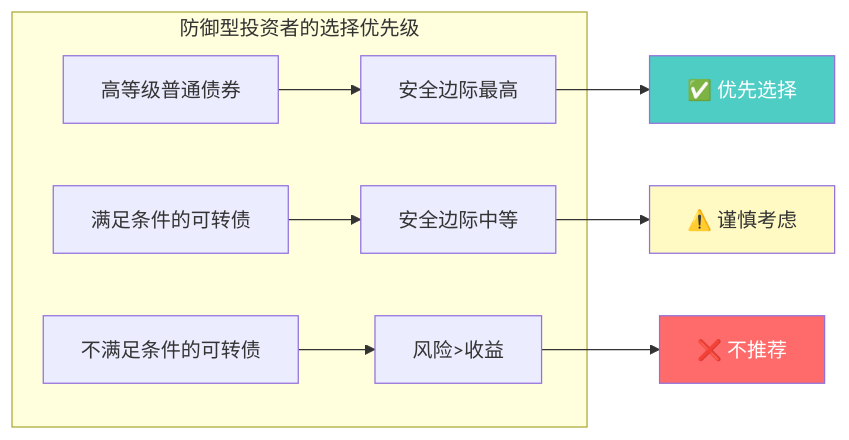
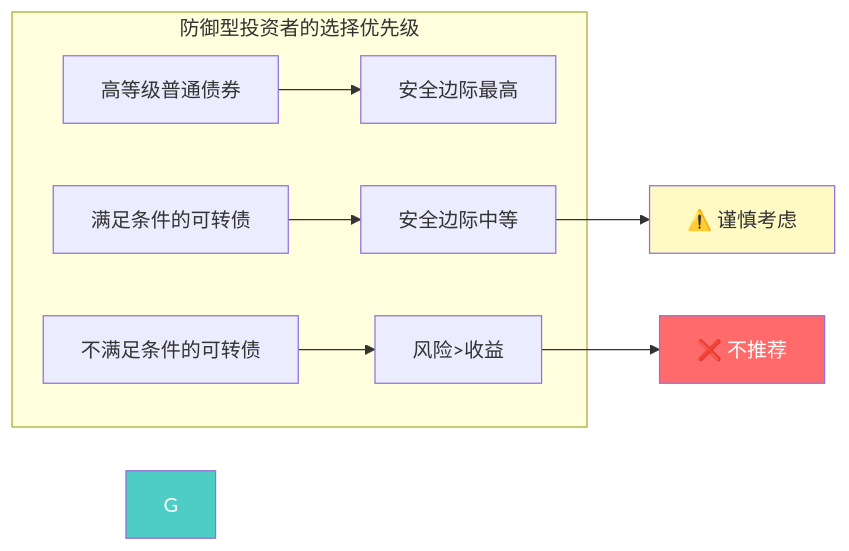
The fifth of 7 diagrams in content/finance/聪明的投资者-章节拆解/第14章-防御型投资者的可转换证券.md (ql-wade/buffett-knowledge-base), drawn with Mermaid before and after one commit. The commit also changed other lines of this file and 77 other files, not shown here.

````diff
--- a/content/finance/聪明的投资者-章节拆解/第14章-防御型投资者的可转换证券.md
+++ b/content/finance/聪明的投资者-章节拆解/第14章-防御型投资者的可转换证券.md
@@ -272,16 +272,15 @@
 ```mermaid
 flowchart LR
     subgraph 防御型投资者的选择优先级
         A[高等级普通债券] --> B[安全边际最高]
         C[满足条件的可转债] --> D[安全边际中等]
         E[不满足条件的可转债] --> F[风险>收益]
     end
     
-    B --> G[✅ 优先选择]
     D --> H[⚠️ 谨慎考虑]
     F --> I[❌ 不推荐]
     
     style G fill:#4ecdc4,color:#fff
     style H fill:#fff9c4,color:#333
     style I fill:#ff6b6b,color:#fff
 ```
````
